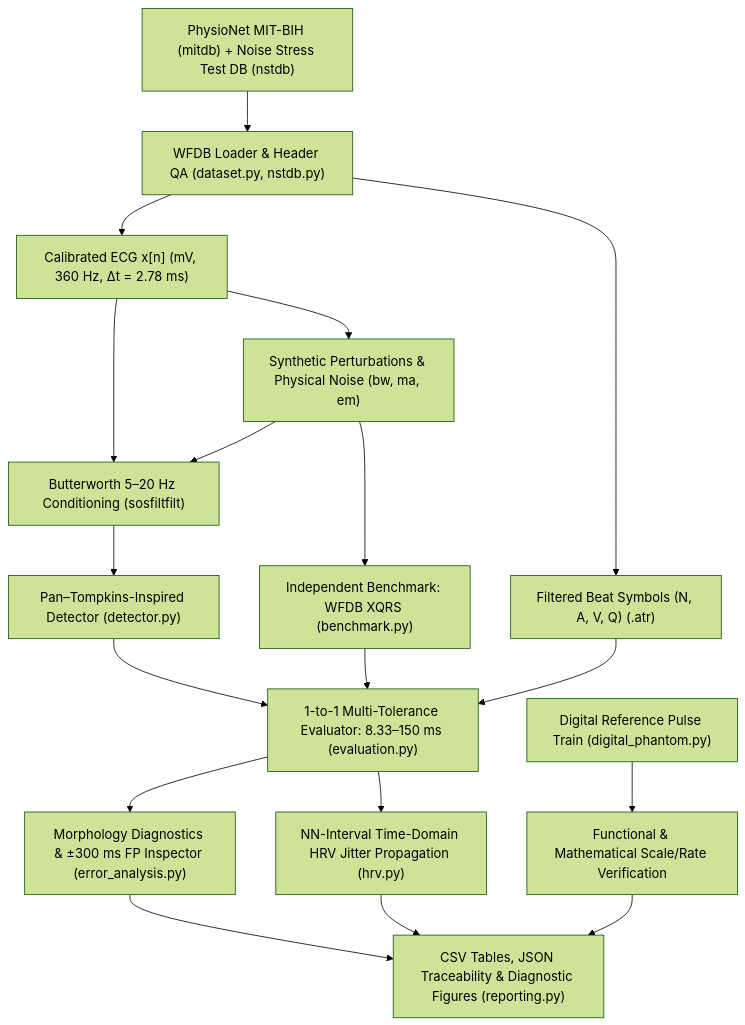
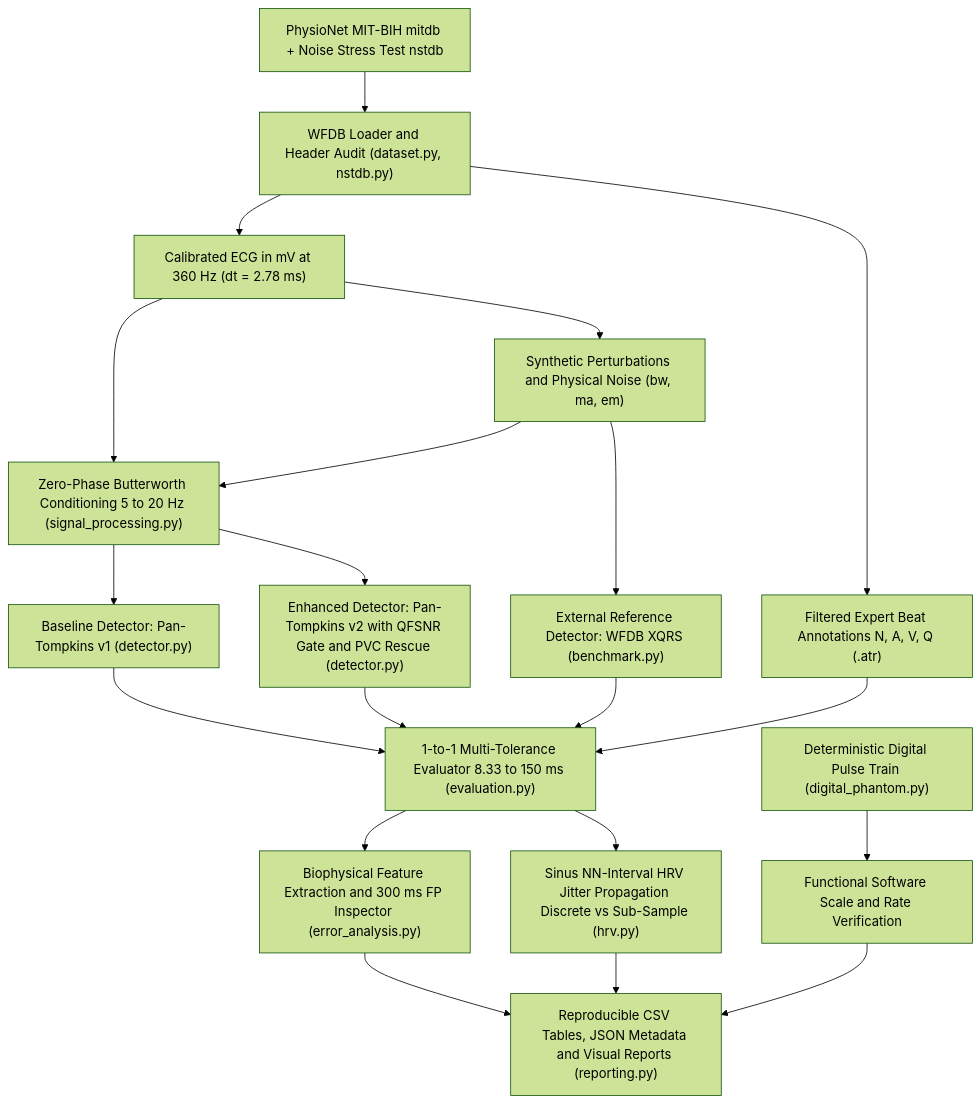
Before and after one commit to Pirrijean/ECG-Integrity-Lab: the diagram in README.md, drawn with Mermaid (forest theme). The commit also changed other lines of this file and 23 other files, not shown here.

Commit message:
feat(v0.3.0): add Pan-Tompkins v2 detector, 3-way XQRS benchmark, evolutionary docs & fix GitHub rich display

````diff
--- a/README.md
+++ b/README.md
@@ -12,20 +12,22 @@
 ```mermaid
 flowchart TD
-    A["PhysioNet MIT-BIH (mitdb) + Noise Stress Test DB (nstdb)"] --> B["WFDB Loader & Header QA (dataset.py, nstdb.py)"]
-    B --> C["Calibrated ECG x[n] (mV, 360 Hz, Δt = 2.78 ms)"]
-    C --> D["Synthetic Perturbations & Physical Noise (bw, ma, em)"]
-    C --> E["Butterworth 5–20 Hz Conditioning (sosfiltfilt)"]
+    A["PhysioNet MIT-BIH mitdb + Noise Stress Test nstdb"] --> B["WFDB Loader and Header Audit (dataset.py, nstdb.py)"]
+    B --> C["Calibrated ECG in mV at 360 Hz (dt = 2.78 ms)"]
+    C --> D["Synthetic Perturbations and Physical Noise (bw, ma, em)"]
+    C --> E["Zero-Phase Butterworth Conditioning 5 to 20 Hz (signal_processing.py)"]
     D --> E
-    E --> F["Pan–Tompkins-Inspired Detector (detector.py)"]
-    D --> G["Independent Benchmark: WFDB XQRS (benchmark.py)"]
-    B --> H["Filtered Beat Symbols (N, A, V, Q) (.atr)"]
-    F --> I["1-to-1 Multi-Tolerance Evaluator: 8.33–150 ms (evaluation.py)"]
+    E --> F1["Baseline Detector: Pan-Tompkins v1 (detector.py)"]
+    E --> F2["Enhanced Detector: Pan-Tompkins v2 with QFSNR Gate and PVC Rescue (detector.py)"]
+    D --> G["External Reference Detector: WFDB XQRS (benchmark.py)"]
+    B --> H["Filtered Expert Beat Annotations N, A, V, Q (.atr)"]
+    F1 --> I["1-to-1 Multi-Tolerance Evaluator 8.33 to 150 ms (evaluation.py)"]
+    F2 --> I
     G --> I
     H --> I
-    I --> J["Morphology Diagnostics & ±300 ms FP Inspector (error_analysis.py)"]
-    I --> K["NN-Interval Time-Domain HRV Jitter Propagation (hrv.py)"]
-    L["Digital Reference Pulse Train (digital_phantom.py)"] --> M["Functional & Mathematical Scale/Rate Verification"]
-    J --> N["CSV Tables, JSON Traceability & Diagnostic Figures (reporting.py)"]
+    I --> J["Biophysical Feature Extraction and 300 ms FP Inspector (error_analysis.py)"]
+    I --> K["Sinus NN-Interval HRV Jitter Propagation Discrete vs Sub-Sample (hrv.py)"]
+    L["Deterministic Digital Pulse Train (digital_phantom.py)"] --> M["Functional Software Scale and Rate Verification"]
+    J --> N["Reproducible CSV Tables, JSON Metadata and Visual Reports (reporting.py)"]
     K --> N
     M --> N
 ```
````
